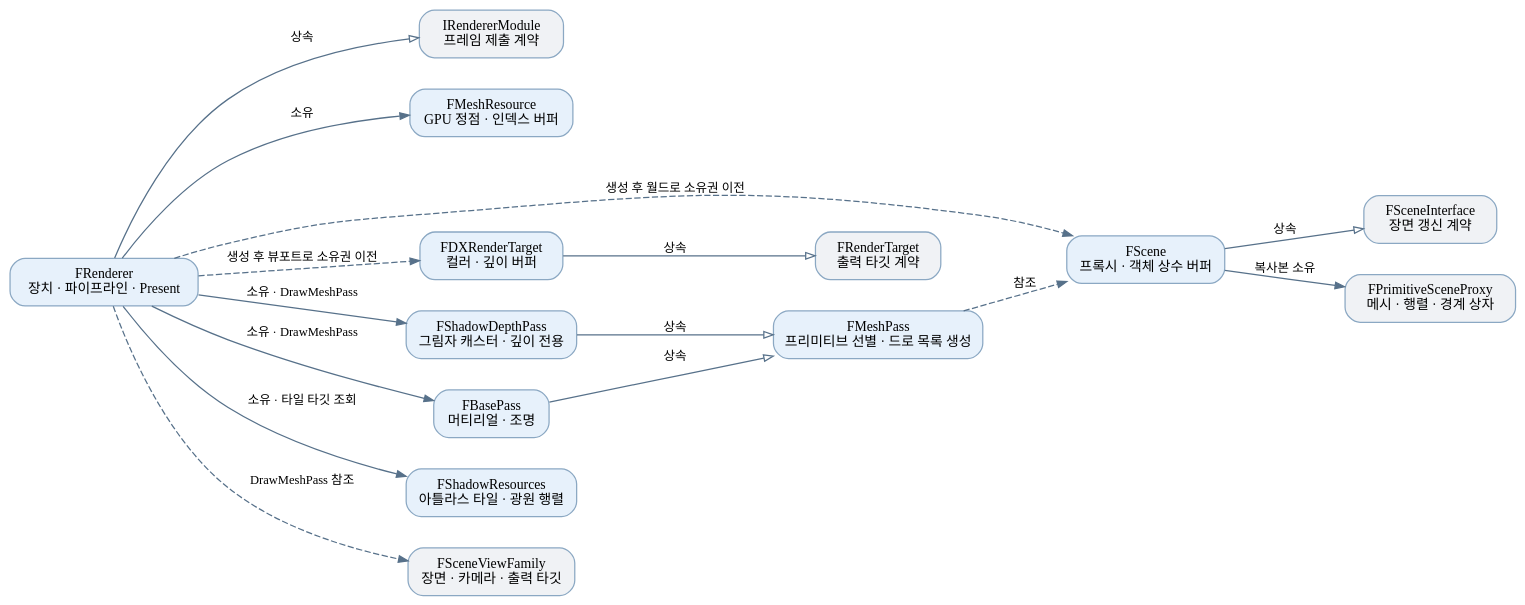
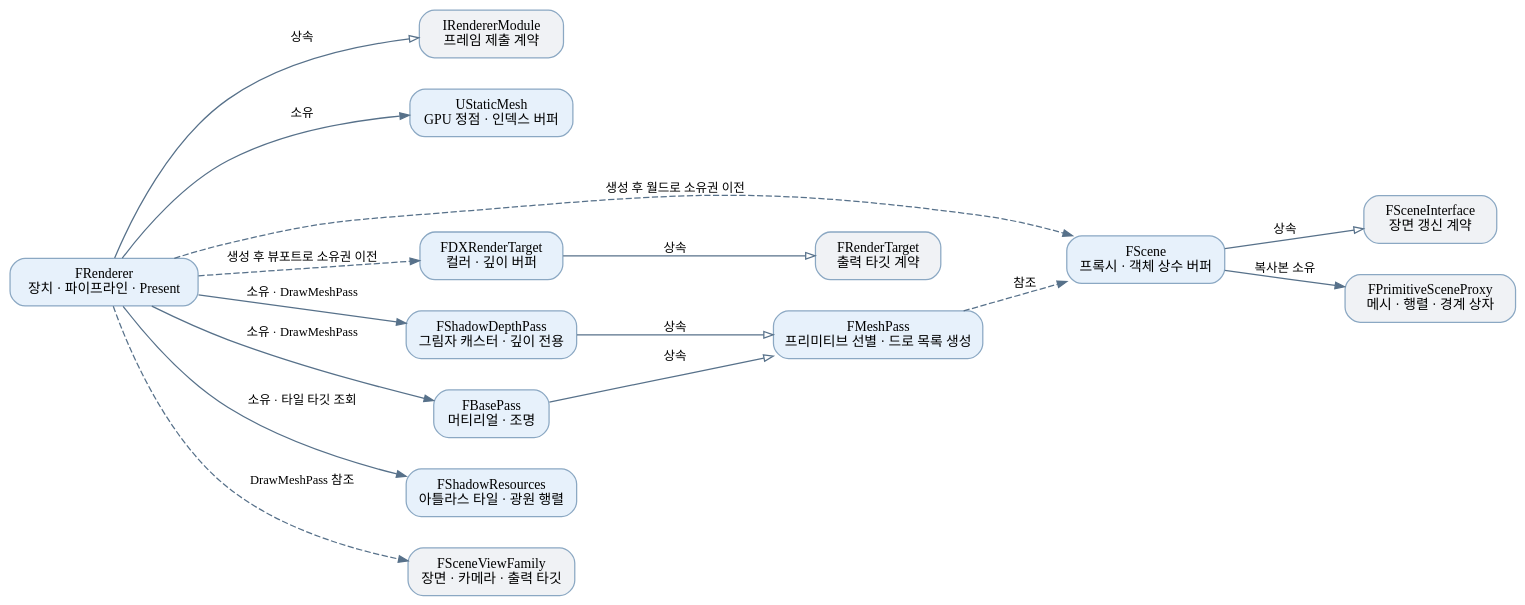
The diagram in Docs/Graphs/Renderer.dot (wewe231223/Macaw), drawn with Graphviz before and after one commit. The commit also changed 42 other files, not shown here.

```diff
--- a/Docs/Graphs/Renderer.dot
+++ b/Docs/Graphs/Renderer.dot
@@ -1,32 +1,32 @@
 digraph Renderer {
     graph [rankdir=LR, bgcolor="transparent", fontname="Malgun Gothic", nodesep=0.35, ranksep=0.65, pad=0.2];
     node [shape=box, style="rounded,filled", fillcolor="#e7f1fb", color="#8ba8c3", fontname="Malgun Gothic", fontsize=11, margin="0.16,0.10"];
     edge [color="#57718a", fontname="Malgun Gothic", fontsize=10, arrowsize=0.75];
     Module [label="IRendererModule\n프레임 제출 계약", fillcolor="#f0f2f5"];
     Renderer [label="FRenderer\n장치 · 파이프라인 · Present"];
-    Mesh [label="FMeshResource\nGPU 정점 · 인덱스 버퍼"];
+    Mesh [label="UStaticMesh\nGPU 정점 · 인덱스 버퍼"];
     Scene [label="FScene\n프록시 · 객체 상수 버퍼"];
     SceneInterface [label="FSceneInterface\n장면 갱신 계약", fillcolor="#f0f2f5"];
     Proxy [label="FPrimitiveSceneProxy\n메시 · 행렬 · 경계 상자", fillcolor="#f0f2f5"];
     Target [label="FDXRenderTarget\n컬러 · 깊이 버퍼"];
     TargetInterface [label="FRenderTarget\n출력 타깃 계약", fillcolor="#f0f2f5"];
     MeshPass [label="FMeshPass\n프리미티브 선별 · 드로 목록 생성"];
     ShadowDepthPass [label="FShadowDepthPass\n그림자 캐스터 · 깊이 전용"];
     BasePass [label="FBasePass\n머티리얼 · 조명"];
     Shadow [label="FShadowResources\n아틀라스 타일 · 광원 행렬"];
     Family [label="FSceneViewFamily\n장면 · 카메라 · 출력 타깃", fillcolor="#f0f2f5"];
     Renderer -> Module [label="상속", arrowhead=empty];
     Renderer -> Mesh [label="소유"];
     Renderer -> ShadowDepthPass [label="소유 · DrawMeshPass"];
     Renderer -> BasePass [label="소유 · DrawMeshPass"];
     ShadowDepthPass -> MeshPass [label="상속", arrowhead=empty];
     BasePass -> MeshPass [label="상속", arrowhead=empty];
     MeshPass -> Scene [label="참조", style=dashed];
     Renderer -> Shadow [label="소유 · 타일 타깃 조회"];
     Renderer -> Scene [label="생성 후 월드로 소유권 이전", style=dashed];
     Renderer -> Target [label="생성 후 뷰포트로 소유권 이전", style=dashed];
     Scene -> SceneInterface [label="상속", arrowhead=empty];
     Scene -> Proxy [label="복사본 소유"];
     Target -> TargetInterface [label="상속", arrowhead=empty];
     Renderer -> Family [label="DrawMeshPass 참조", style=dashed];
 }
```
